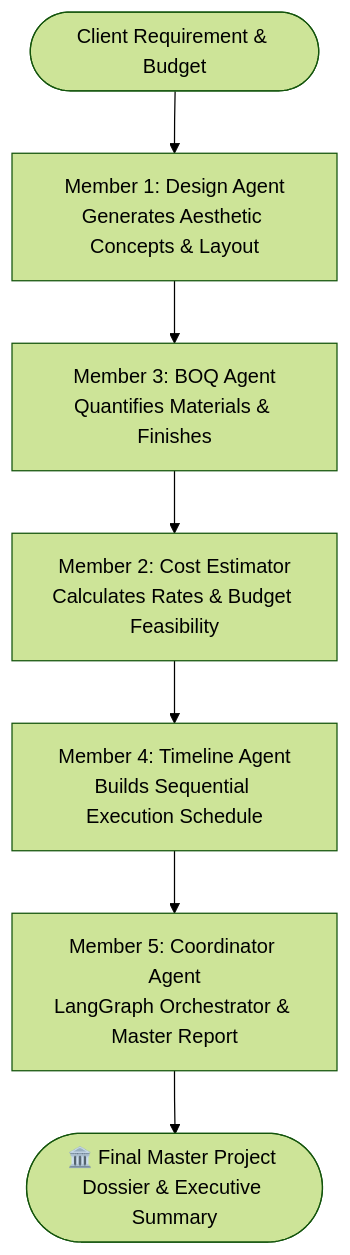
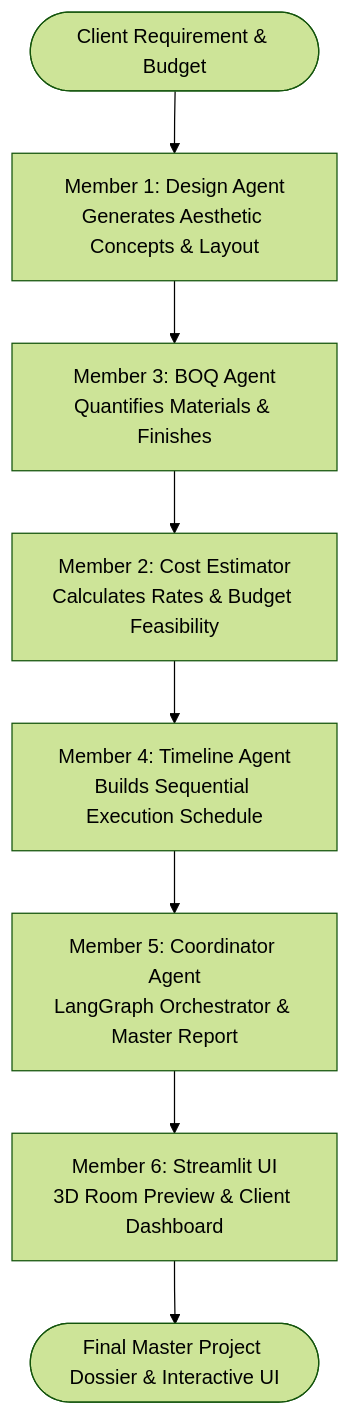
One commit to AmnaAli45/InterioOS changed the diagram in README.md. Above: the diagram before and after it, drawn with Mermaid (forest theme). The commit also changed other lines of this file, not shown here.

Commit message:
Update README with Member 6 UI/3D integration documentation

````diff
--- a/README.md
+++ b/README.md
@@ -9,9 +9,10 @@
 ```mermaid
 flowchart TD
     Start([Client Requirement & Budget]) --> M1[Member 1: Design Agent<br/>Generates Aesthetic Concepts & Layout]
     M1 --> M3[Member 3: BOQ Agent<br/>Quantifies Materials & Finishes]
     M3 --> M2[Member 2: Cost Estimator<br/>Calculates Rates & Budget Feasibility]
     M2 --> M4[Member 4: Timeline Agent<br/>Builds Sequential Execution Schedule]
     M4 --> M5[Member 5: Coordinator Agent<br/>LangGraph Orchestrator & Master Report]
-    M5 --> EndReport([🏛️ Final Master Project Dossier & Executive Summary])
+    M5 --> M6[Member 6: Streamlit UI<br/>3D Room Preview & Client Dashboard]
+    M6 --> EndReport([Final Master Project Dossier & Interactive UI])
 ```
````
